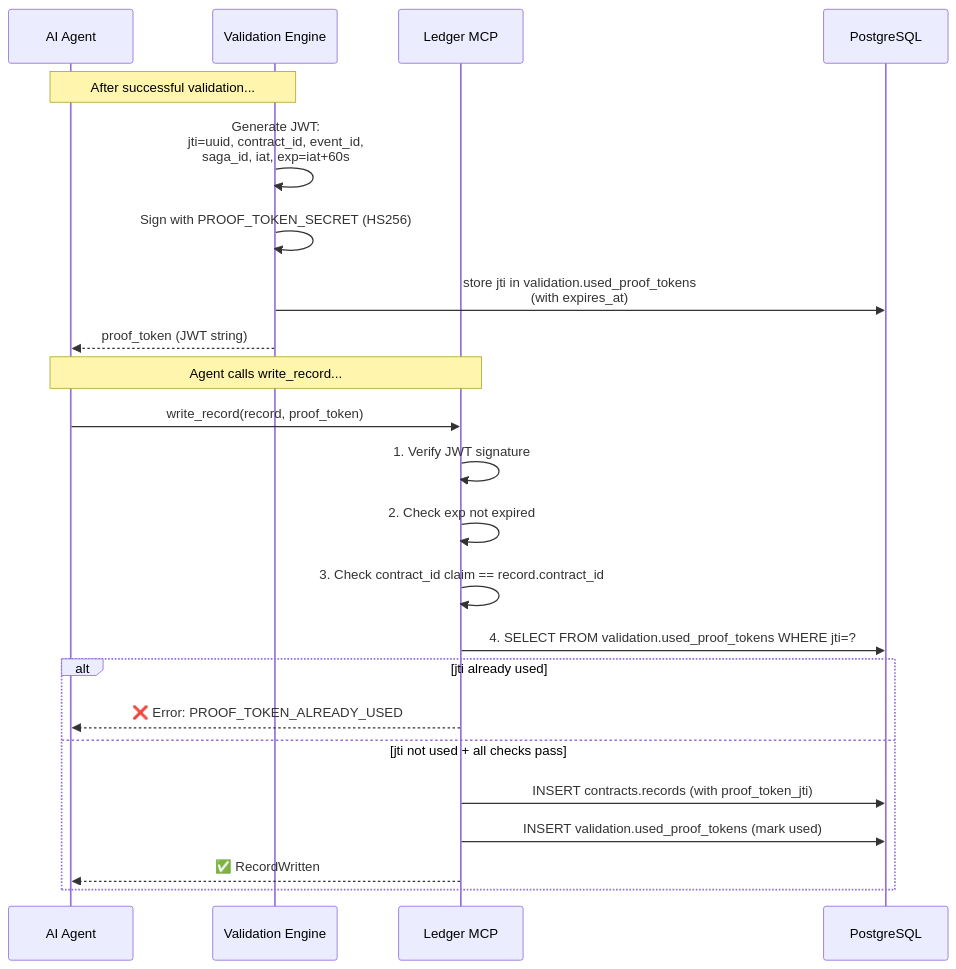
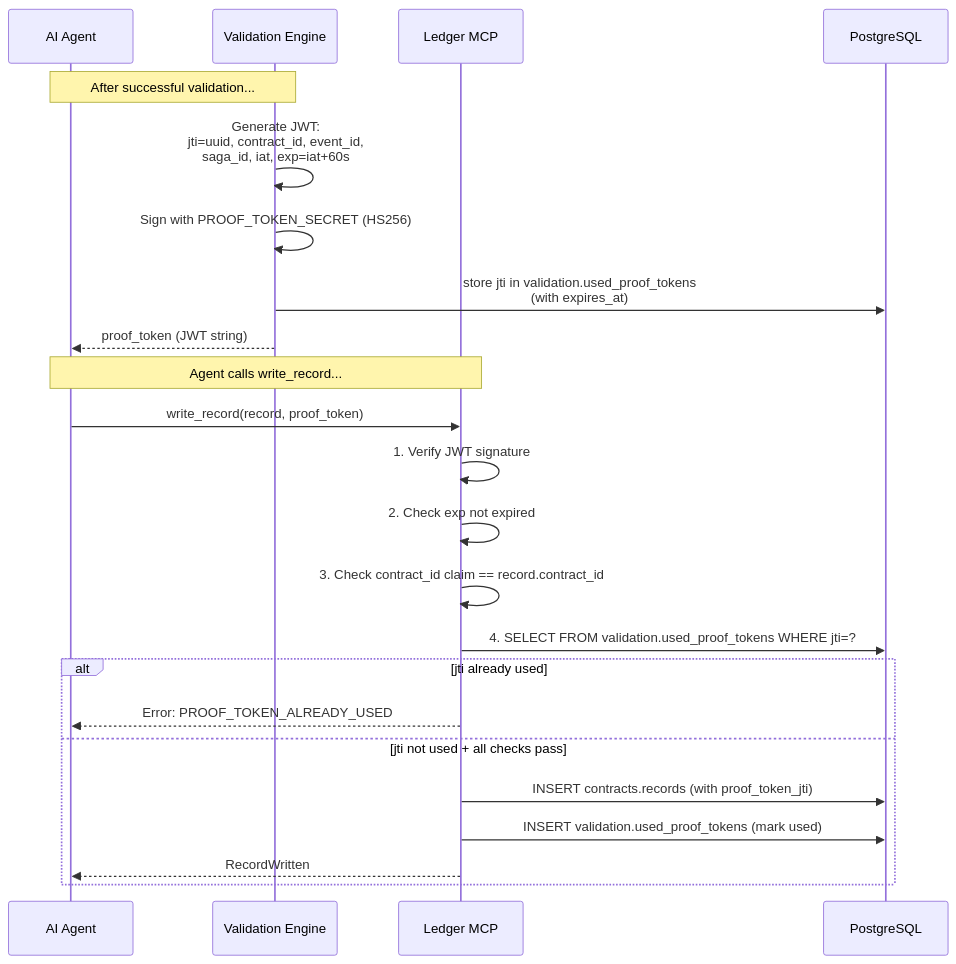
One commit to rame10566/smartledger changed the seventh of 10 diagrams in docs/ARCHITECTURE.md. Above: the diagram before and after it, drawn with Mermaid. The commit also changed other lines of this file, not shown here.

Commit message:
fix: remove invalid Mermaid syntax (emoji in labels, note right of in stateDiagram-v2)

````diff
--- a/docs/ARCHITECTURE.md
+++ b/docs/ARCHITECTURE.md
@@ -296,27 +296,27 @@
 ```mermaid
 sequenceDiagram
     participant Agent as AI Agent
     participant VAL as Validation Engine
     participant LED as Ledger MCP
     participant PG as PostgreSQL
 
     Note over Agent,VAL: After successful validation...
     VAL->>VAL: Generate JWT:<br/>jti=uuid, contract_id, event_id,<br/>saga_id, iat, exp=iat+60s
     VAL->>VAL: Sign with PROOF_TOKEN_SECRET (HS256)
     VAL->>PG: store jti in validation.used_proof_tokens<br/>(with expires_at)
     VAL-->>Agent: proof_token (JWT string)
 
     Note over Agent,LED: Agent calls write_record...
     Agent->>LED: write_record(record, proof_token)
     LED->>LED: 1. Verify JWT signature
     LED->>LED: 2. Check exp not expired
     LED->>LED: 3. Check contract_id claim == record.contract_id
     LED->>PG: 4. SELECT FROM validation.used_proof_tokens WHERE jti=?
     alt jti already used
-        LED-->>Agent: ❌ Error: PROOF_TOKEN_ALREADY_USED
+        LED-->>Agent: Error: PROOF_TOKEN_ALREADY_USED
     else jti not used + all checks pass
         LED->>PG: INSERT contracts.records (with proof_token_jti)
         LED->>PG: INSERT validation.used_proof_tokens (mark used)
-        LED-->>Agent: ✅ RecordWritten
+        LED-->>Agent: RecordWritten
     end
 ```
````
